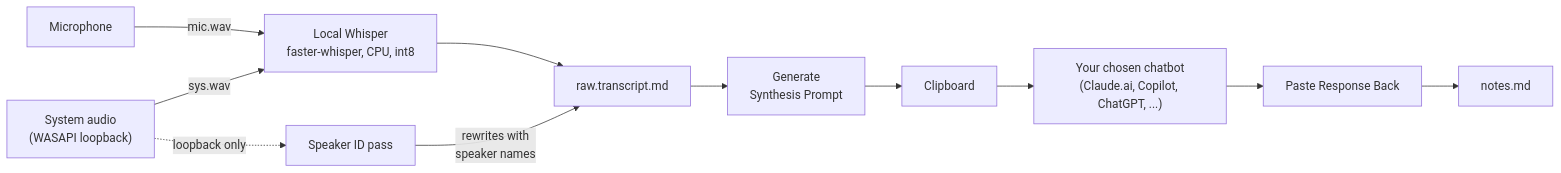
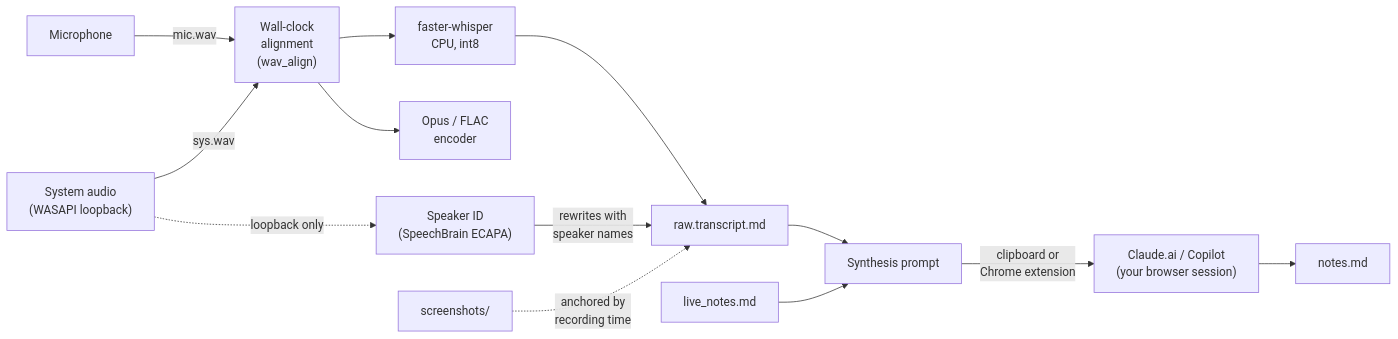
One commit to aarondodd/meeting-notetaker changed the first of 7 diagrams in README.md. Above: the diagram before and after it, drawn with Mermaid. The commit also changed other lines of this file and 16 other files, not shown here.

````diff
--- a/README.md
+++ b/README.md
@@ -75,20 +528,28 @@
 ```mermaid
 flowchart LR
     mic[Microphone]
     sys["System audio<br/>(WASAPI loopback)"]
-    whisper["Local Whisper<br/>faster-whisper, CPU, int8"]
+    align["Wall-clock<br/>alignment<br/>(wav_align)"]
+    whisper["faster-whisper<br/>CPU, int8"]
+    diar["Speaker ID<br/>(SpeechBrain ECAPA)"]
+    encoder["Opus / FLAC<br/>encoder"]
     transcript[raw.transcript.md]
-    diar["Speaker ID pass"]
-    prompt[Generate<br/>Synthesis Prompt]
-    clip[Clipboard]
-    chatbot["Your chosen chatbot<br/>(Claude.ai, Copilot, ChatGPT, ...)"]
-    paste[Paste Response Back]
+    sshots[screenshots/]
+    notes_live[live_notes.md]
     notes[notes.md]
+    prompt[Synthesis prompt]
+    llm["Claude.ai / Copilot<br/>(your browser session)"]
 
-    mic -->|mic.wav| whisper
-    sys -->|sys.wav| whisper
-    whisper --> transcript
+    mic -->|mic.wav| align
+    sys -->|sys.wav| align
+    align --> whisper
+    align --> encoder
     sys -. loopback only .-> diar
     diar -->|rewrites with<br/>speaker names| transcript
-    transcript --> prompt --> clip --> chatbot --> paste --> notes
+    whisper --> transcript
+    sshots -. anchored by<br/>recording time .-> transcript
+    notes_live --> prompt
+    transcript --> prompt
+    prompt -->|clipboard or<br/>Chrome extension| llm
+    llm --> notes
 ```
````
